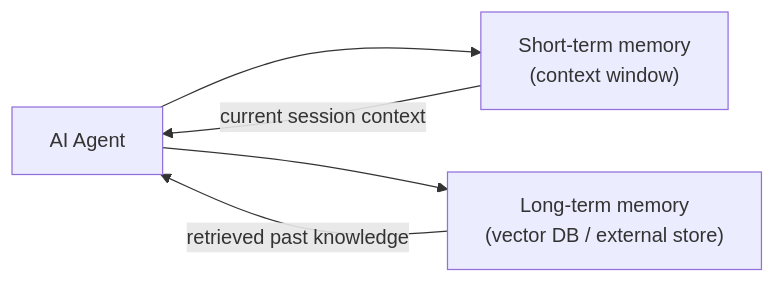
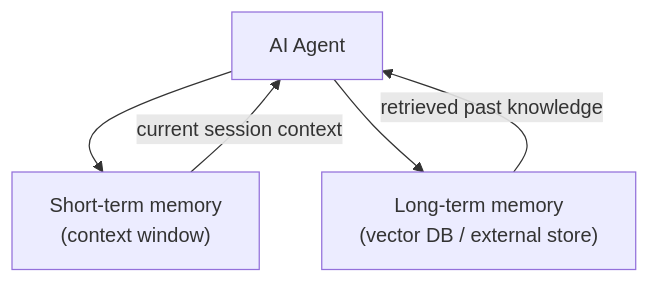
Before and after one commit to jpraychev/youtube: the fifth of 6 diagrams in 001/README.md, drawn with Mermaid. The commit also changed other lines of this file, not shown here.

````diff
--- a/001/README.md
+++ b/001/README.md
@@ -133,7 +133,7 @@
 ```mermaid
-flowchart LR
+flowchart 
     Agent[AI Agent] --> STM["Short-term memory\n(context window)"]
     Agent --> LTM["Long-term memory\n(vector DB / external store)"]
     STM -->|current session context| Agent
     LTM -->|retrieved past knowledge| Agent
 ```
````
